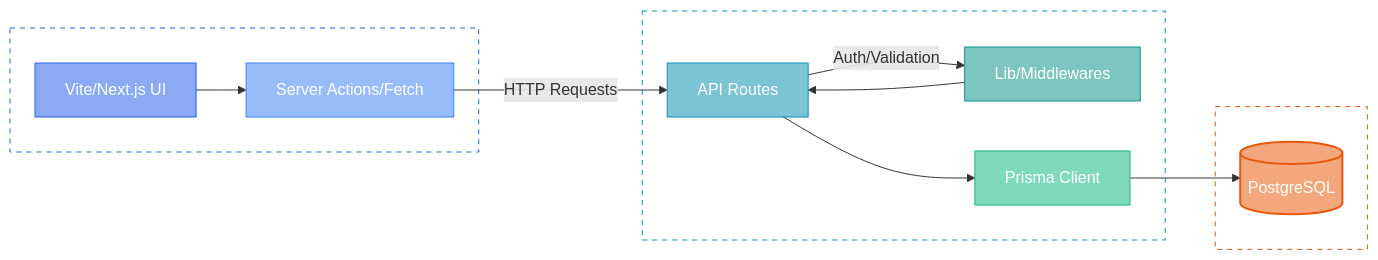
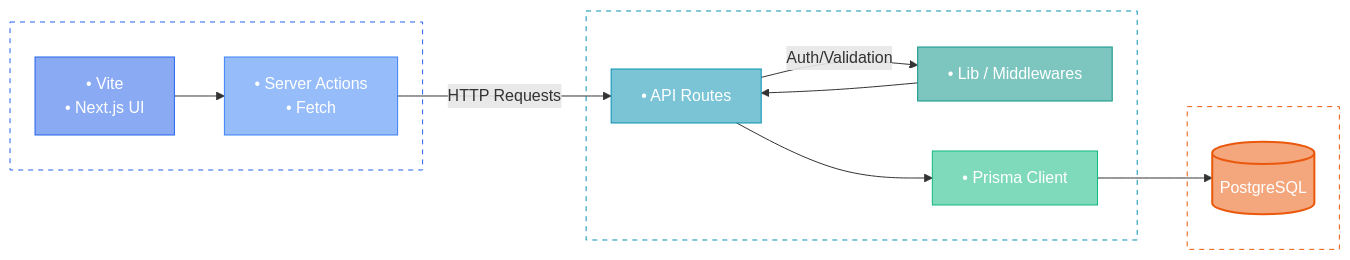
One commit to PARTH-JADAV20/ECOSetu changed the third of 4 diagrams in README.md. Above: the diagram before and after it, drawn with Mermaid. The commit also changed other lines of this file, not shown here.

Commit message:
docs: Improve readability of mermaid diagrams in README.md by adding newlines and bullet points to labels.

````diff
--- a/README.md
+++ b/README.md
@@ -108,34 +108,34 @@
 ```mermaid
 graph LR
     subgraph "Frontend"
-        V["Vite/Next.js UI"]
-        S["Server Actions/Fetch"]
+        V["• Vite<br/>• Next.js UI"]
+        S["• Server Actions<br/>• Fetch"]
     end
     
     subgraph "Backend"
-        R["API Routes"]
-        L["Lib/Middlewares"]
-        P["Prisma Client"]
+        R["• API Routes"]
+        L["• Lib / Middlewares"]
+        P["• Prisma Client"]
     end
     
     subgraph "Data"
         DB[("PostgreSQL")]
     end
     
     V --> S
     S -->|"HTTP Requests"| R
     R -->|"Auth/Validation"| L
     L --> R
     R --> P
     P --> DB
 
     style V fill:#2563eb88,stroke:#2563eb,stroke-width:1px,color:#fff
     style S fill:#3b82f688,stroke:#3b82f6,stroke-width:1px,color:#fff
     style R fill:#0891b288,stroke:#0891b2,stroke-width:1px,color:#fff
     style L fill:#0d948888,stroke:#0d9488,stroke-width:1px,color:#fff
     style P fill:#10b98188,stroke:#10b981,stroke-width:1px,color:#fff
     style DB fill:#ea580c88,stroke:#ea580c,stroke-width:2px,color:#fff
     style Frontend fill:none,stroke:#2563eb,stroke-dasharray: 5 5,color:#fff
     style Backend fill:none,stroke:#0891b2,stroke-dasharray: 5 5,color:#fff
     style Data fill:none,stroke:#ea580c,stroke-dasharray: 5 5,color:#fff
 ```
````
